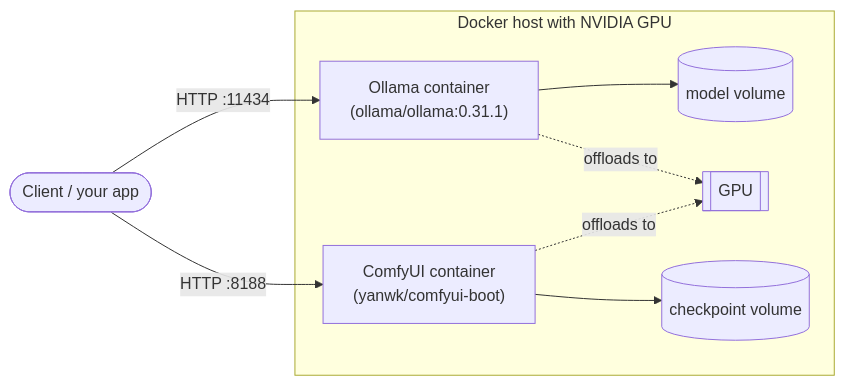
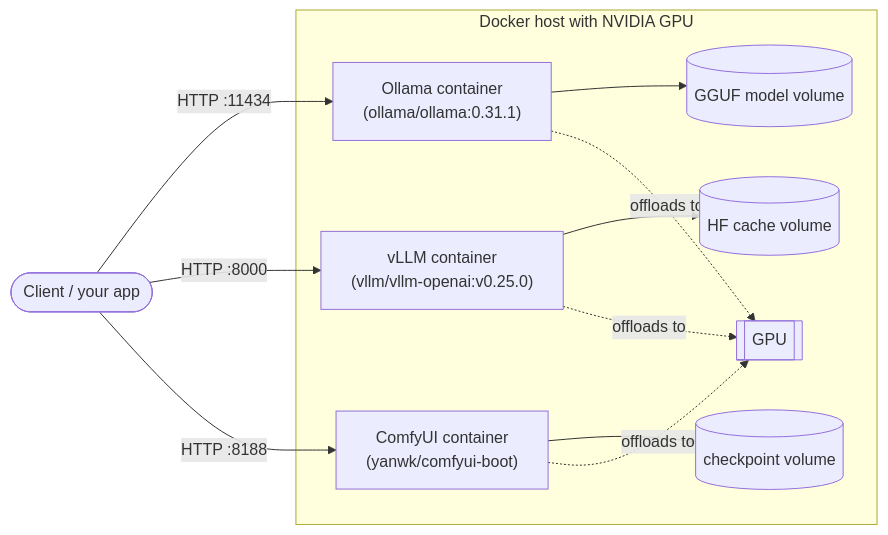
One commit to kaerfreki/freki-llm-stack changed the diagram in README.md. Above: the diagram before and after it, drawn with Mermaid. The commit also changed other lines of this file and 9 other files, not shown here.

First line of the commit message:
feat(m3): add vLLM stack with apples-to-apples Ollama benchmarks

````diff
--- a/README.md
+++ b/README.md
@@ -23,11 +24,14 @@
 ```mermaid
 flowchart LR
     client([Client / your app]) -->|"HTTP :11434"| ollama
+    client -->|"HTTP :8000"| vllm
     client -->|"HTTP :8188"| comfyui
     subgraph host["Docker host with NVIDIA GPU"]
-        ollama["Ollama container<br/>(ollama/ollama:0.31.1)"] --> ovol[("model volume")]
+        ollama["Ollama container<br/>(ollama/ollama:0.31.1)"] --> ovol[("GGUF model volume")]
+        vllm["vLLM container<br/>(vllm/vllm-openai:v0.25.0)"] --> vvol[("HF cache volume")]
+        comfyui["ComfyUI container<br/>(yanwk/comfyui-boot)"] --> cvol[("checkpoint volume")]
         ollama -. offloads to .-> gpu[["GPU"]]
-        comfyui["ComfyUI container<br/>(yanwk/comfyui-boot)"] --> cvol[("checkpoint volume")]
+        vllm -. offloads to .-> gpu
         comfyui -. offloads to .-> gpu
     end
 ```
````
